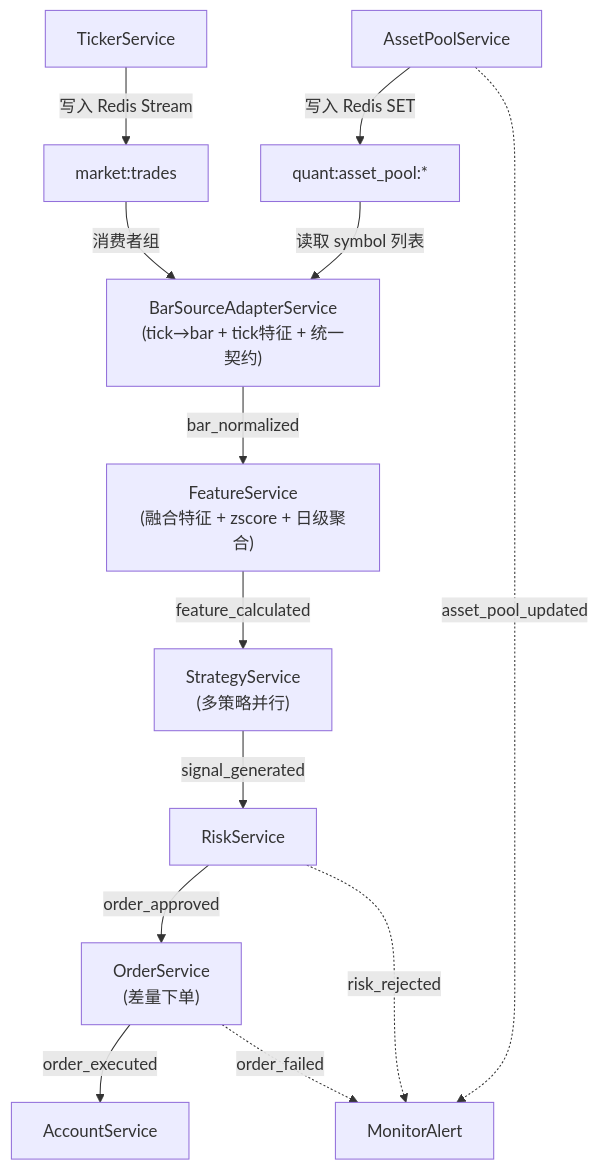
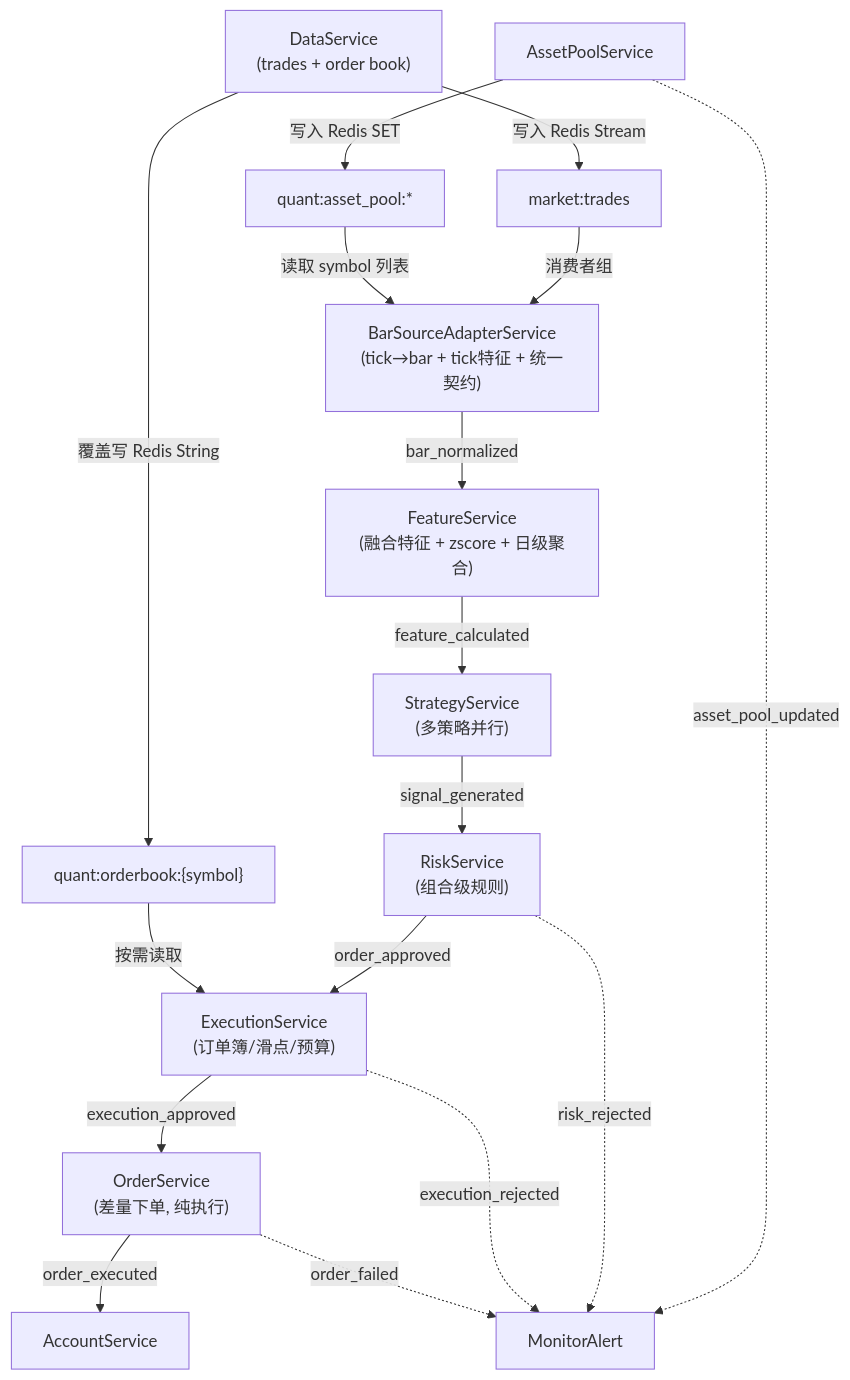
Before and after one commit to DragonQuantt/docs: the second of 5 diagrams in content/architecture/index.md, drawn with Mermaid. The commit also changed other lines of this file and 3 other files, not shown here.

Commit message:
Refactor documentation to replace TickerService with DataService.

````diff
--- a/content/architecture/index.md
+++ b/content/architecture/index.md
@@ -174,17 +180,21 @@
 ```mermaid
 flowchart TD
-    TickerSvc["TickerService"] -->|"写入 Redis Stream"| RedisStream["market:trades"]
+    DataSvc["DataService\n(trades + order book)"] -->|"写入 Redis Stream"| RedisStream["market:trades"]
+    DataSvc -->|"覆盖写 Redis String"| RedisOrderbook["quant:orderbook:{symbol}"]
     AssetPoolSvc["AssetPoolService"] -->|"写入 Redis SET"| RedisSet["quant:asset_pool:*"]
     AssetPoolSvc -.->|asset_pool_updated| MonitorAlert
 
     RedisStream -->|"消费者组"| BarAdapter["BarSourceAdapterService\n(tick→bar + tick特征 + 统一契约)"]
     RedisSet -->|"读取 symbol 列表"| BarAdapter
 
     BarAdapter -->|bar_normalized| FeatureSvc["FeatureService\n(融合特征 + zscore + 日级聚合)"]
     FeatureSvc -->|feature_calculated| StrategySvc["StrategyService\n(多策略并行)"]
-    StrategySvc -->|signal_generated| RiskSvc["RiskService"]
-    RiskSvc -->|order_approved| OrderSvc["OrderService\n(差量下单)"]
+    StrategySvc -->|signal_generated| RiskSvc["RiskService\n(组合级规则)"]
+    RiskSvc -->|order_approved| ExecSvc["ExecutionService\n(订单簿/滑点/预算)"]
+    ExecSvc -->|execution_approved| OrderSvc["OrderService\n(差量下单, 纯执行)"]
+    RedisOrderbook -->|"按需读取"| ExecSvc
     RiskSvc -.->|risk_rejected| MonitorAlert
+    ExecSvc -.->|execution_rejected| MonitorAlert
     OrderSvc -->|order_executed| AccountSvc["AccountService"]
     OrderSvc -.->|order_failed| MonitorAlert
 ```
````
